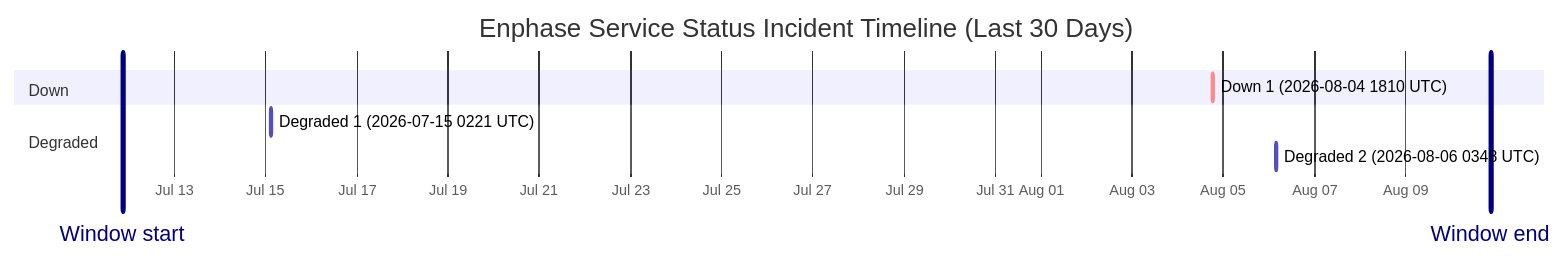
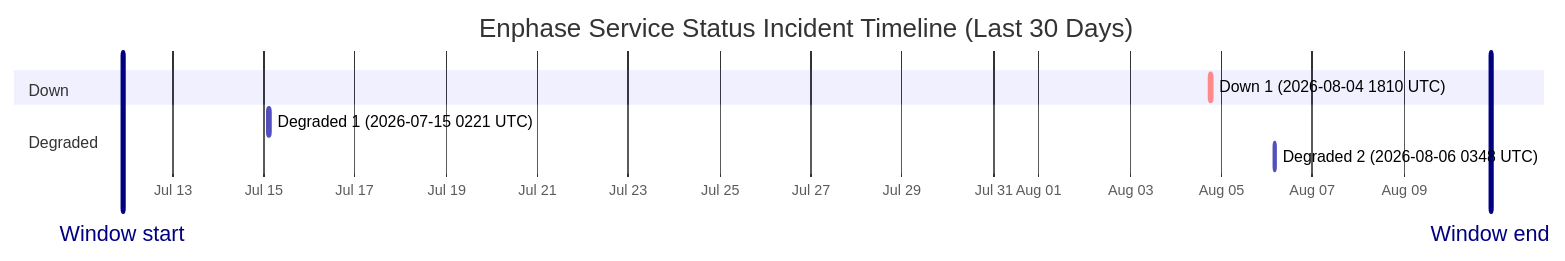
One commit to barneyonline/ha-enphase-energy changed the diagram in wiki/Service-Status-History.md. Above: the diagram before and after it, drawn with Mermaid. The commit also changed other lines of this file and 3 other files, not shown here.

````diff
--- a/wiki/Service-Status-History.md
+++ b/wiki/Service-Status-History.md
@@ -14,13 +14,13 @@
 ```mermaid
 gantt
     title Enphase Service Status Incident Timeline (Last 30 Days)
     dateFormat  YYYY-MM-DDTHH:mm:ss
     axisFormat  %b %d
-    Window start :vert, window-start, 2026-07-11T20:40:03, 0ms
-    Window end :vert, window-end, 2026-08-10T20:40:03, 0ms
+    Window start :vert, window-start, 2026-07-11T21:39:21, 0ms
+    Window end :vert, window-end, 2026-08-10T21:39:21, 0ms
     section Down
     Down 1 (2026-08-04 1810 UTC) :crit, down-1, 2026-08-04T18:10:46, 60m
     section Degraded
     Degraded 1 (2026-07-15 0221 UTC) :active, degraded-1, 2026-07-15T02:21:35, 60m
     Degraded 2 (2026-08-06 0348 UTC) :active, degraded-2, 2026-08-06T03:48:14, 60m
 ```
````
